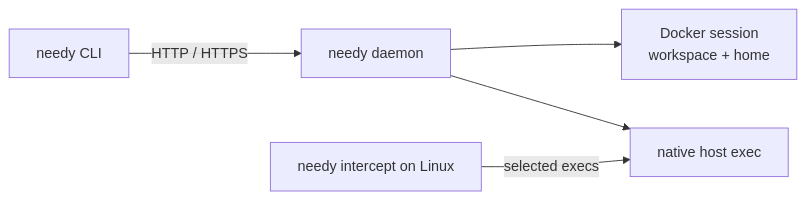
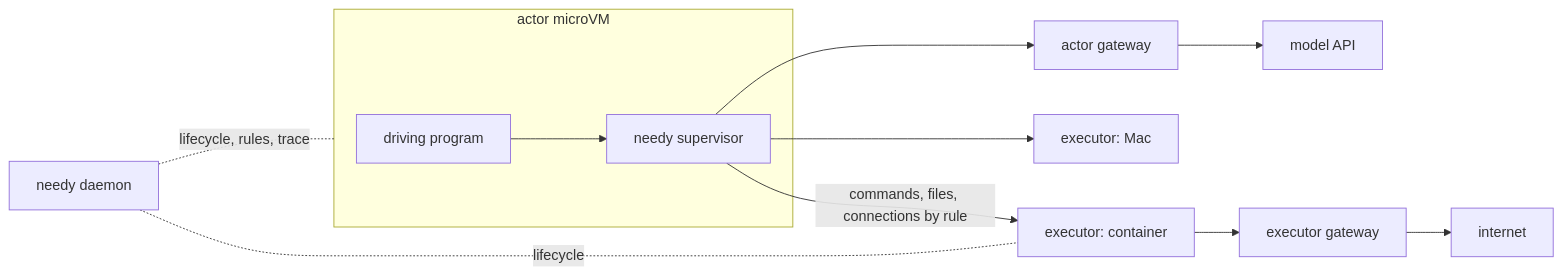
The diagram in README.md (needy-dev/needy), drawn with Mermaid before and after one commit. The commit also changed other lines of this file and 6 other files, not shown here.

Commit message:
docs: rewrite README for actor/executor model and add milestone plan

````diff
--- a/README.md
+++ b/README.md
@@ -105,7 +51,12 @@
 ```mermaid
 flowchart LR
-  A[needy CLI] -->|HTTP / HTTPS| B[needy daemon]
-  B --> C[Docker session<br>workspace + home]
-  B --> D[native host exec]
-  E[needy intercept on Linux] -->|selected execs| D
+  subgraph A[actor microVM]
+    P[driving program] --> S[needy supervisor]
+  end
+  S -->|commands, files, connections by rule| E1[executor: container]
+  S --> E2[executor: Mac]
+  S --> G1[actor gateway] --> M[model API]
+  E1 --> G2[executor gateway] --> I[internet]
+  D[needy daemon] -. lifecycle, rules, trace .- A
+  D -. lifecycle .- E1
 ```
````
